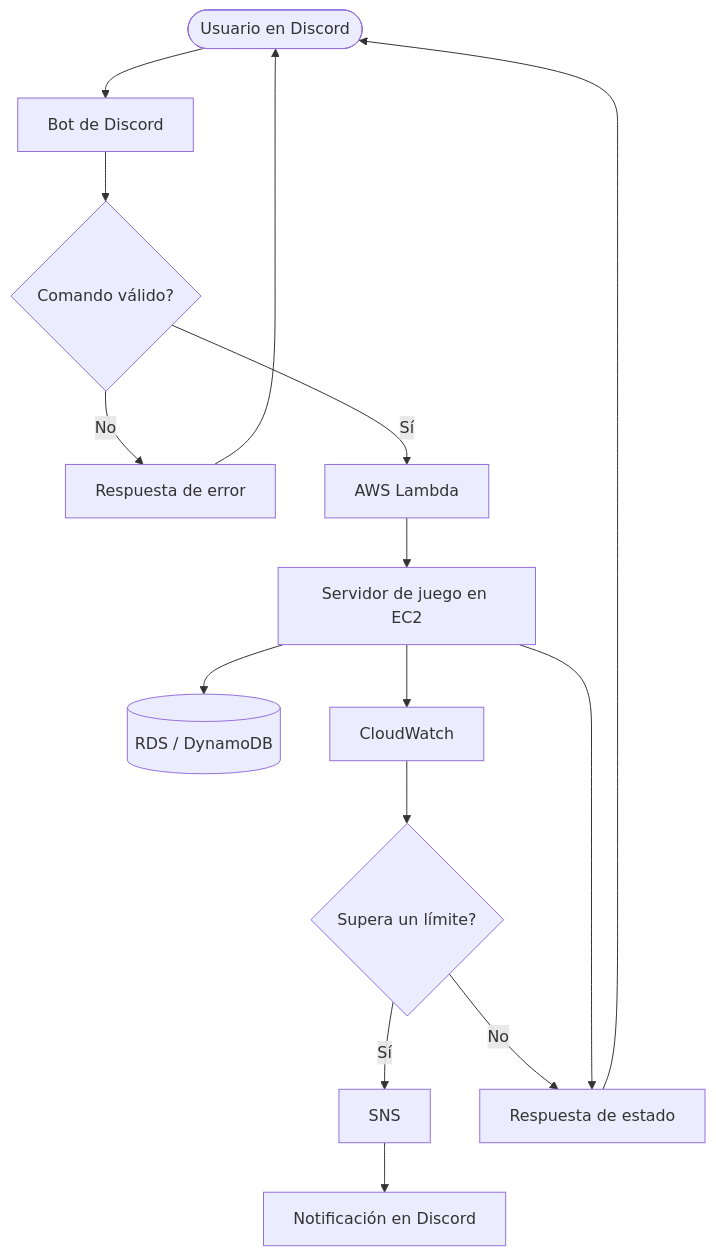
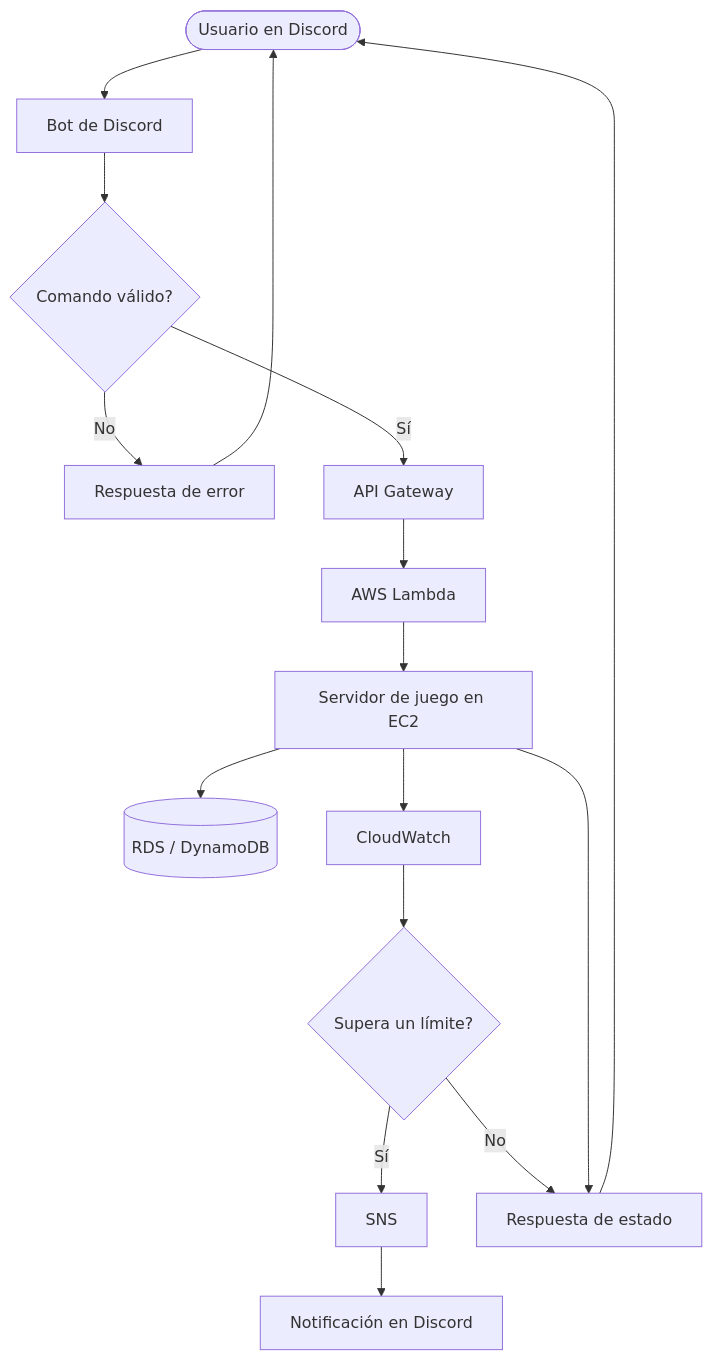
The first of 3 diagrams in docs/architecture.md (CandeGP/AwsInstancesBot), drawn with Mermaid before and after one commit. The commit also changed other lines of this file and 14 other files, not shown here.

First line of the commit message:
Add Phase 3 control chain: Discord bot -> API Gateway -> Lambda -> EC2

````diff
--- a/docs/architecture.md
+++ b/docs/architecture.md
@@ -7,17 +7,18 @@
 ```mermaid
 flowchart TD
 	user([Usuario en Discord]) --> bot[Bot de Discord]
 	bot --> command{Comando válido?}
 	command -- No --> error[Respuesta de error]
-	command -- Sí --> lambda[AWS Lambda]
+	command -- Sí --> apigw[API Gateway]
+	apigw --> lambda[AWS Lambda]
 	lambda --> ec2[Servidor de juego en EC2]
 	ec2 --> database[(RDS / DynamoDB)]
 	ec2 --> metrics[CloudWatch]
 	metrics --> alerts{Supera un límite?}
 	alerts -- Sí --> sns[SNS]
 	alerts -- No --> response[Respuesta de estado]
 	sns --> notification[Notificación en Discord]
 	ec2 --> response
 	response --> user
 	error --> user
 ```
````
